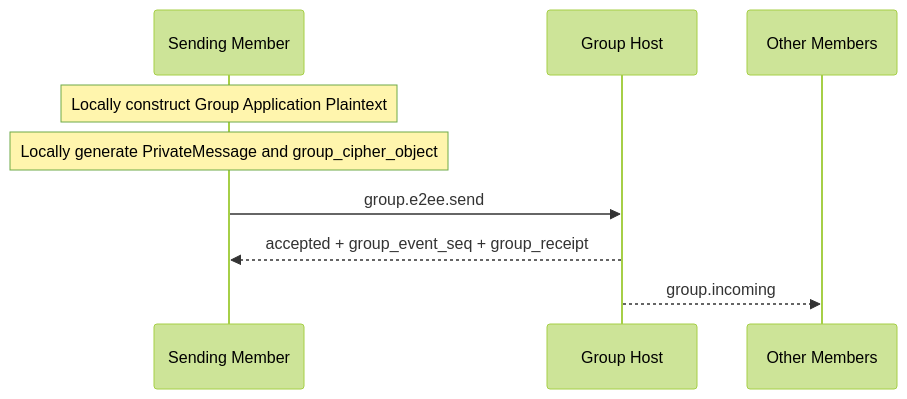
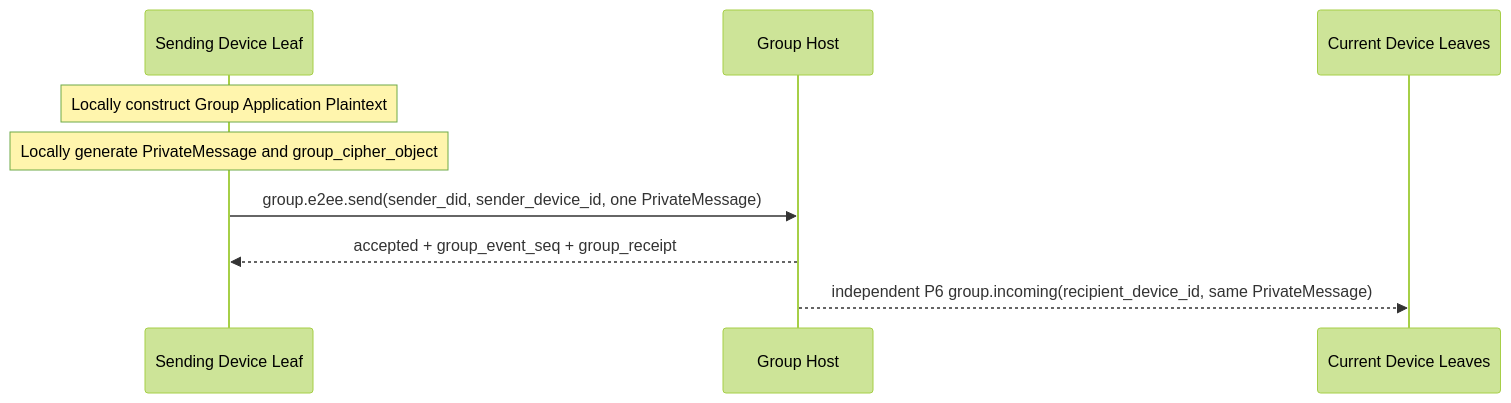
One commit to NeatNerdPrime/AgentNetworkProtocol changed the eighth of 9 diagrams in message/vnext/06-group-end-to-end-encryption.md. Above: the diagram before and after it, drawn with Mermaid (forest theme). The commit also changed other lines of this file and 31 other files, not shown here.

````diff
--- a/message/vnext/06-group-end-to-end-encryption.md
+++ b/message/vnext/06-group-end-to-end-encryption.md
@@ -1567,12 +1661,12 @@
 ```mermaid
 sequenceDiagram
-    participant S as Sending Member
+    participant S as Sending Device Leaf
     participant H as Group Host
-    participant M as Other Members
+    participant M as Current Device Leaves
 
     Note over S: Locally construct Group Application Plaintext
     Note over S: Locally generate PrivateMessage and group_cipher_object
-    S->>H: group.e2ee.send
+    S->>H: group.e2ee.send(sender_did, sender_device_id, one PrivateMessage)
     H-->>S: accepted + group_event_seq + group_receipt
-    H-->>M: group.incoming
+    H-->>M: independent P6 group.incoming(recipient_device_id, same PrivateMessage)
 ```
````
